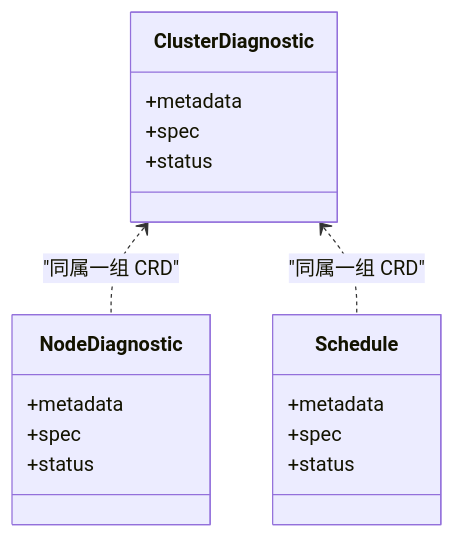
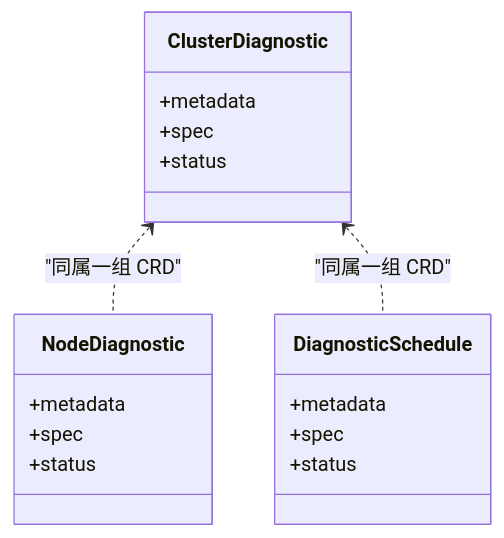
The third of 5 diagrams in .qoder/repowiki/zh/content/Kubernetes Operator/Kubernetes Operator.md (kudig-io/klaw), drawn with Mermaid before and after one commit. The commit also changed other lines of this file and 245 other files, not shown here.

````diff
--- a/.qoder/repowiki/zh/content/Kubernetes Operator/Kubernetes Operator.md
+++ b/.qoder/repowiki/zh/content/Kubernetes Operator/Kubernetes Operator.md
@@ -134,20 +145,20 @@
 ```mermaid
 classDiagram
 class ClusterDiagnostic {
 +metadata
 +spec
 +status
 }
 class NodeDiagnostic {
 +metadata
 +spec
 +status
 }
-class Schedule {
+class DiagnosticSchedule {
 +metadata
 +spec
 +status
 }
 ClusterDiagnostic <.. NodeDiagnostic : "同属一组 CRD"
-ClusterDiagnostic <.. Schedule : "同属一组 CRD"
+ClusterDiagnostic <.. DiagnosticSchedule : "同属一组 CRD"
 ```
````
